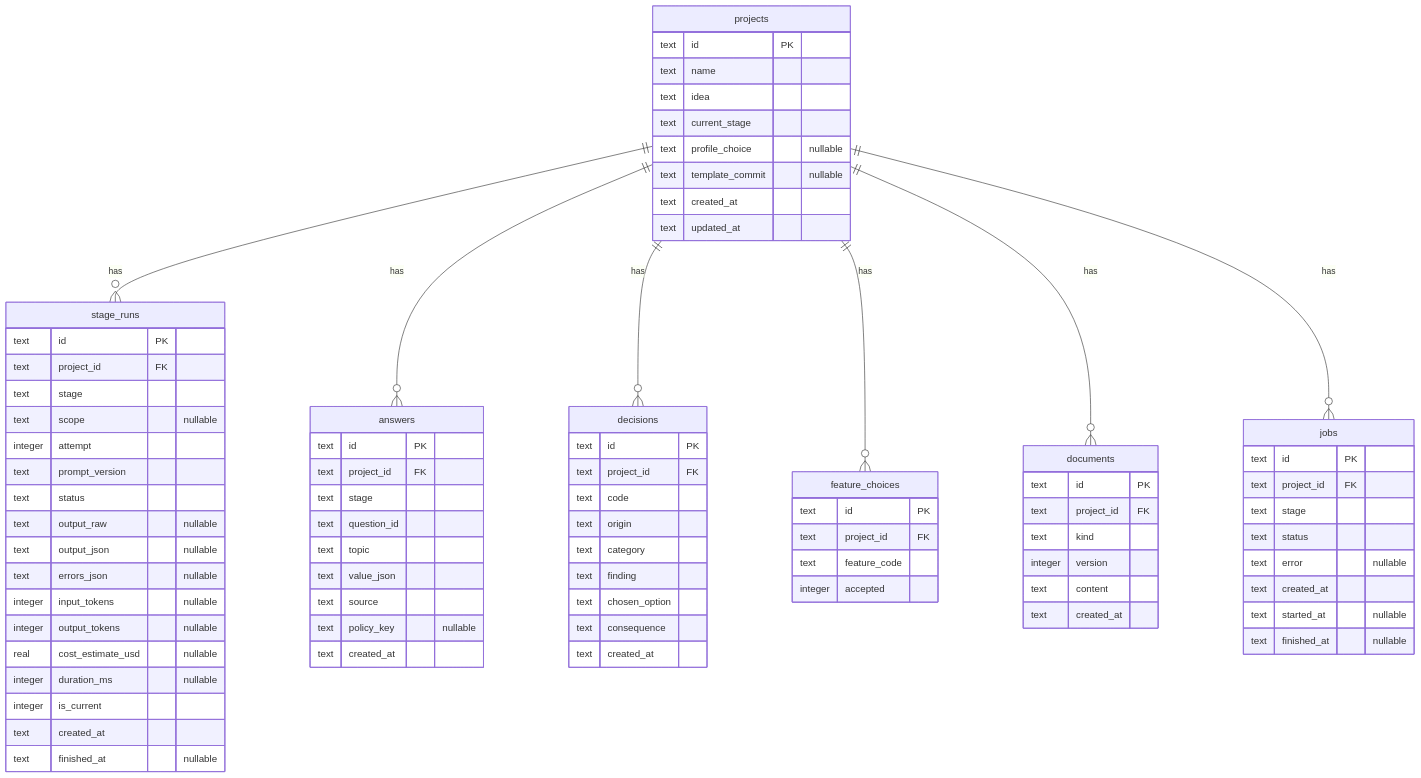
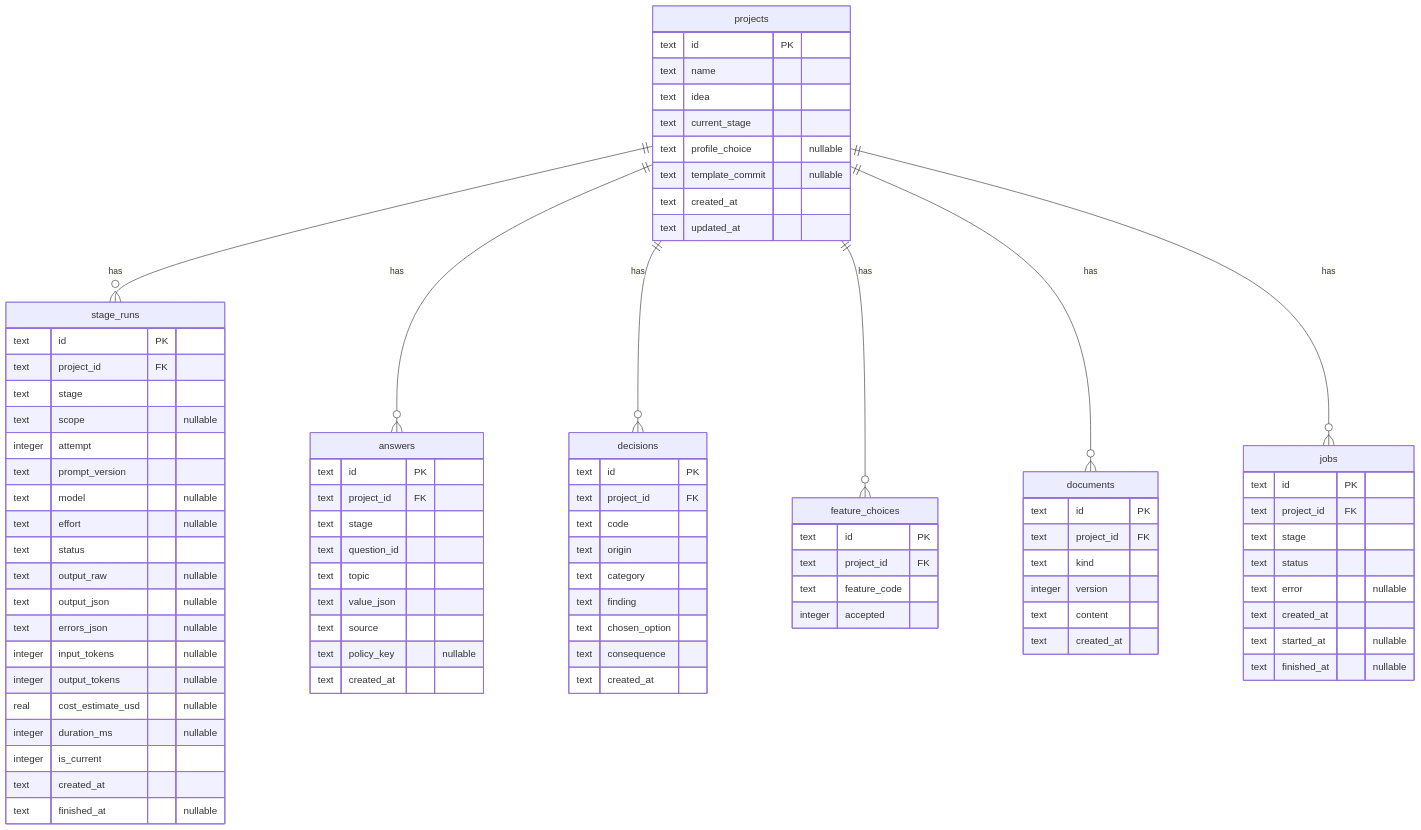
The diagram in docs/PRD.md (Vladeouz/prd-generator), drawn with Mermaid before and after one commit. The commit also changed other lines of this file and 1 other file, not shown here.

Commit message:
docs: rencana profil model dan effort per tahap (T-034, T-035)

```diff
--- a/docs/PRD.md
+++ b/docs/PRD.md
@@ -149,6 +149,8 @@
         text scope "nullable"
         integer attempt
         text prompt_version
+        text model "nullable"
+        text effort "nullable"
         text status
         text output_raw "nullable"
         text output_json "nullable"
```
